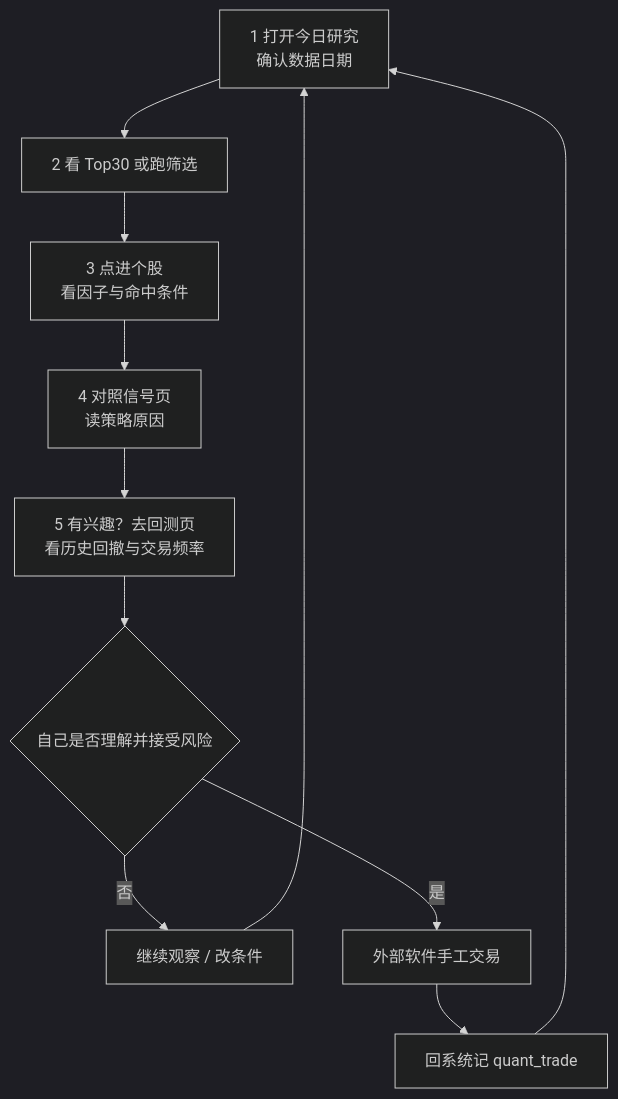
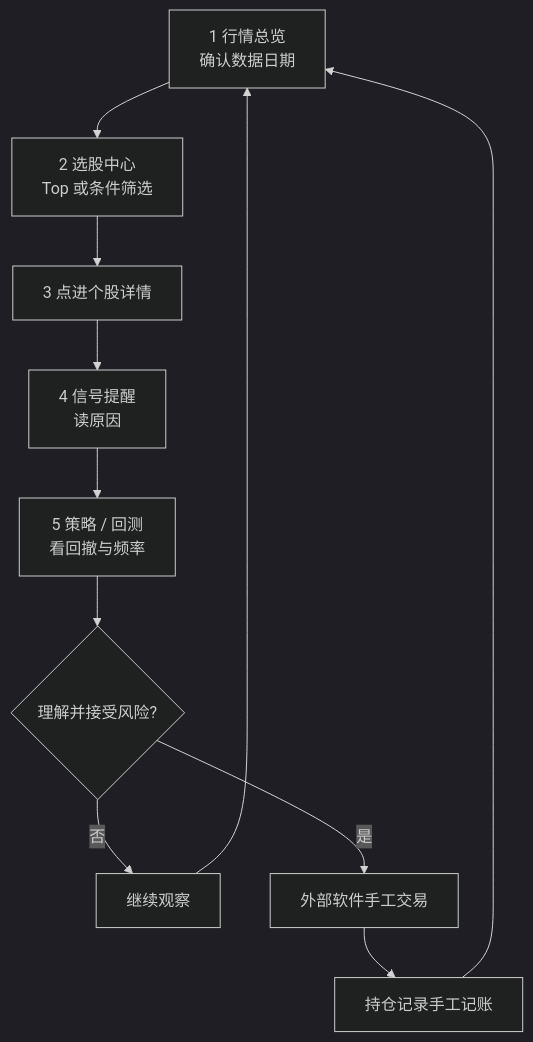
One commit to hankjs/trace changed the fourth of 4 diagrams in quant/slidev/slides.md. Above: the diagram before and after it, drawn with Mermaid (dark theme). The commit also changed other lines of this file and 1 other file, not shown here.

First line of the commit message:
feat(quant): slidev 讲稿接入界面实拍,新增界面导览章节

````diff
--- a/quant/slidev/slides.md
+++ b/quant/slidev/slides.md
@@ -668,13 +741,13 @@
 ```mermaid
 flowchart TD
-  A[1 打开今日研究<br/>确认数据日期] --> B[2 看 Top30 或跑筛选]
-  B --> C[3 点进个股<br/>看因子与命中条件]
-  C --> D[4 对照信号页<br/>读策略原因]
-  D --> E[5 有兴趣？去回测页<br/>看历史回撤与交易频率]
-  E --> F{自己是否理解并接受风险}
-  F -->|否| G[继续观察 / 改条件]
+  A[1 行情总览<br/>确认数据日期] --> B[2 选股中心<br/>Top 或条件筛选]
+  B --> C[3 点进个股详情]
+  C --> D[4 信号提醒<br/>读原因]
+  D --> E[5 策略 / 回测<br/>看回撤与频率]
+  E --> F{理解并接受风险?}
+  F -->|否| G[继续观察]
   F -->|是| H[外部软件手工交易]
-  H --> I[回系统记 quant_trade]
+  H --> I[持仓记录手工记账]
   G --> A
   I --> A
 ```
````
